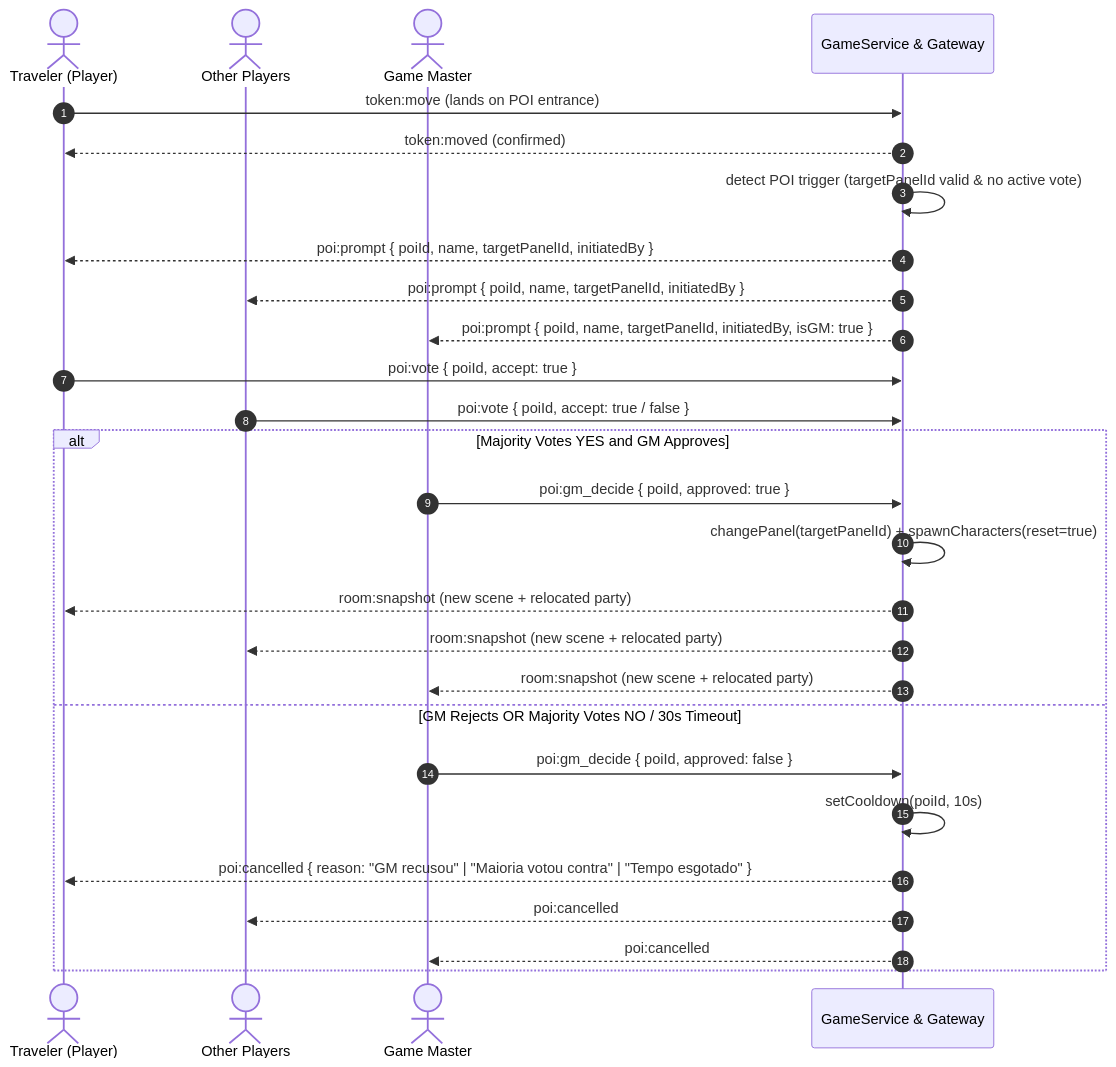
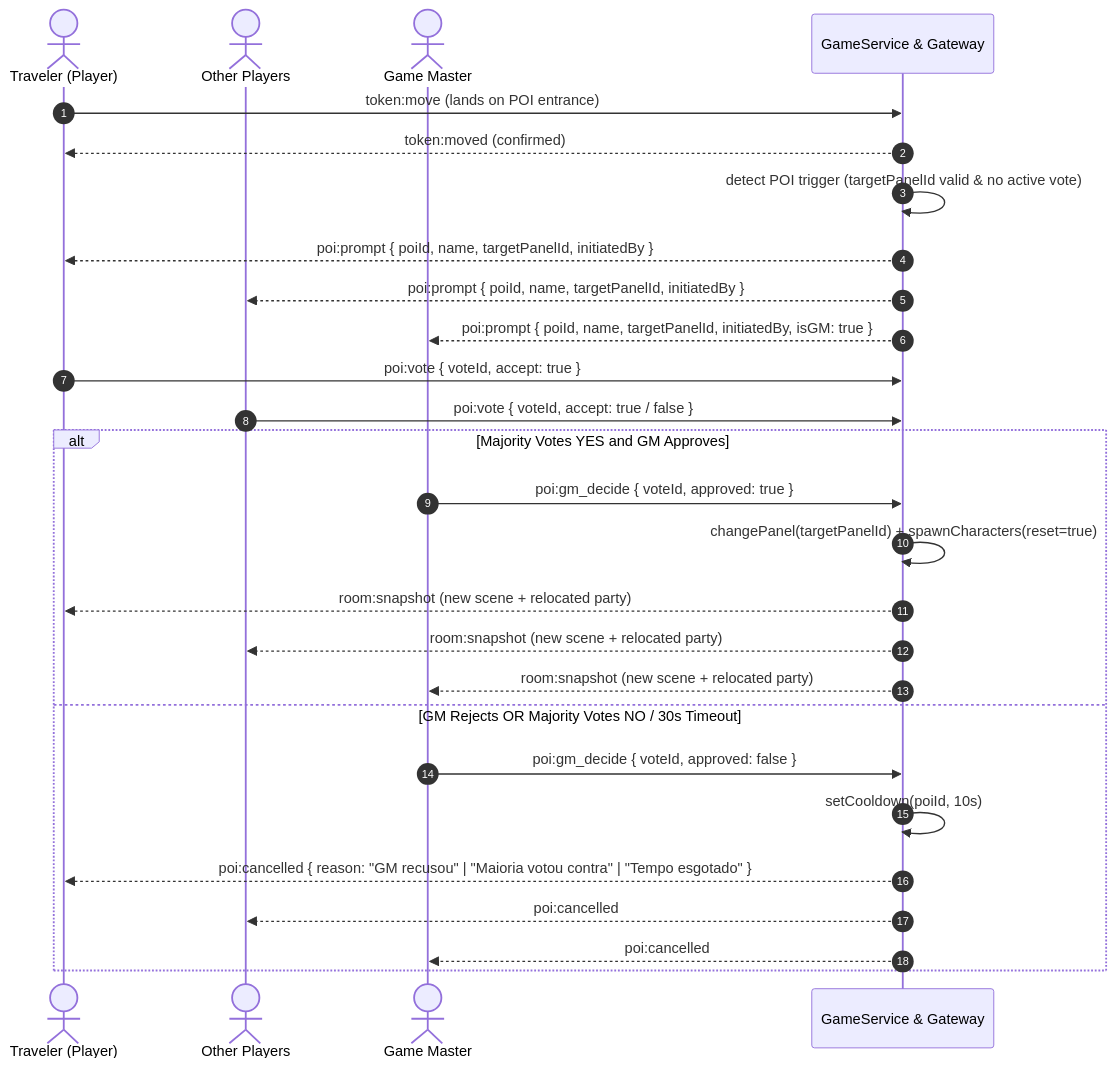
The diagram in docs/world_sprites_and_poi_plan.md (weslleych/tavern), drawn with Mermaid before and after one commit. The commit also changed other lines of this file and 55 other files, not shown here.

````diff
--- a/docs/world_sprites_and_poi_plan.md
+++ b/docs/world_sprites_and_poi_plan.md
@@ -217,32 +219,32 @@
 ```mermaid
 sequenceDiagram
     autonumber
     actor Player as Traveler (Player)
     actor Party as Other Players
     actor GM as Game Master
     participant Srv as GameService & Gateway
 
     Player->>Srv: token:move (lands on POI entrance)
     Srv-->>Player: token:moved (confirmed)
     Srv->>Srv: detect POI trigger (targetPanelId valid & no active vote)
     Srv-->>Player: poi:prompt { poiId, name, targetPanelId, initiatedBy }
     Srv-->>Party: poi:prompt { poiId, name, targetPanelId, initiatedBy }
     Srv-->>GM: poi:prompt { poiId, name, targetPanelId, initiatedBy, isGM: true }
 
-    Player->>Srv: poi:vote { poiId, accept: true }
-    Party->>Srv: poi:vote { poiId, accept: true / false }
+    Player->>Srv: poi:vote { voteId, accept: true }
+    Party->>Srv: poi:vote { voteId, accept: true / false }
 
     alt Majority Votes YES and GM Approves
-        GM->>Srv: poi:gm_decide { poiId, approved: true }
+        GM->>Srv: poi:gm_decide { voteId, approved: true }
         Srv->>Srv: changePanel(targetPanelId) + spawnCharacters(reset=true)
         Srv-->>Player: room:snapshot (new scene + relocated party)
         Srv-->>Party: room:snapshot (new scene + relocated party)
         Srv-->>GM: room:snapshot (new scene + relocated party)
     else GM Rejects OR Majority Votes NO / 30s Timeout
-        GM->>Srv: poi:gm_decide { poiId, approved: false }
+        GM->>Srv: poi:gm_decide { voteId, approved: false }
         Srv->>Srv: setCooldown(poiId, 10s)
         Srv-->>Player: poi:cancelled { reason: "GM recusou" | "Maioria votou contra" | "Tempo esgotado" }
         Srv-->>Party: poi:cancelled
         Srv-->>GM: poi:cancelled
     end
 ```
````
